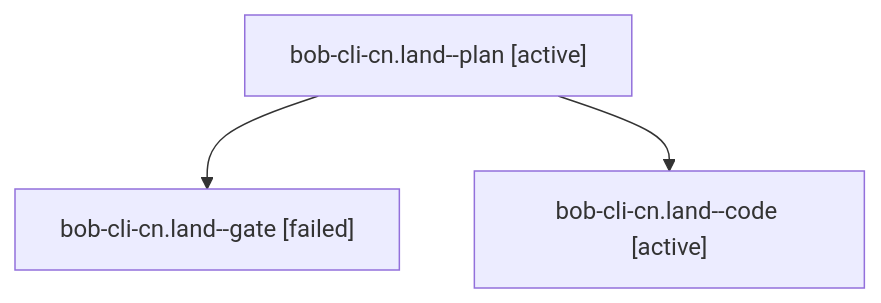
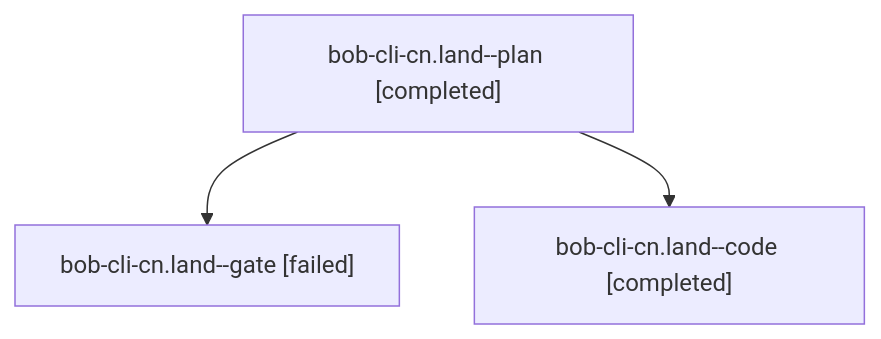
Before and after one commit to bobs-org/bob-cli--agents: the diagram in sessions/bbugyi200.athena.bob-cli-cn.land.md, drawn with Mermaid. The commit also changed other lines of this file and 42 other files, not shown here.

````diff
--- a/sessions/bbugyi200.athena.bob-cli-cn.land.md
+++ b/sessions/bbugyi200.athena.bob-cli-cn.land.md
@@ -9,8 +9,8 @@
 ```mermaid
 flowchart TD
-  n0["bob-cli-cn.land--plan [active]"]
+  n0["bob-cli-cn.land--plan [completed]"]
   n1["bob-cli-cn.land--gate [failed]"]
   n0 --> n1
-  n2["bob-cli-cn.land--code [active]"]
+  n2["bob-cli-cn.land--code [completed]"]
   n0 --> n2
 ```
````
